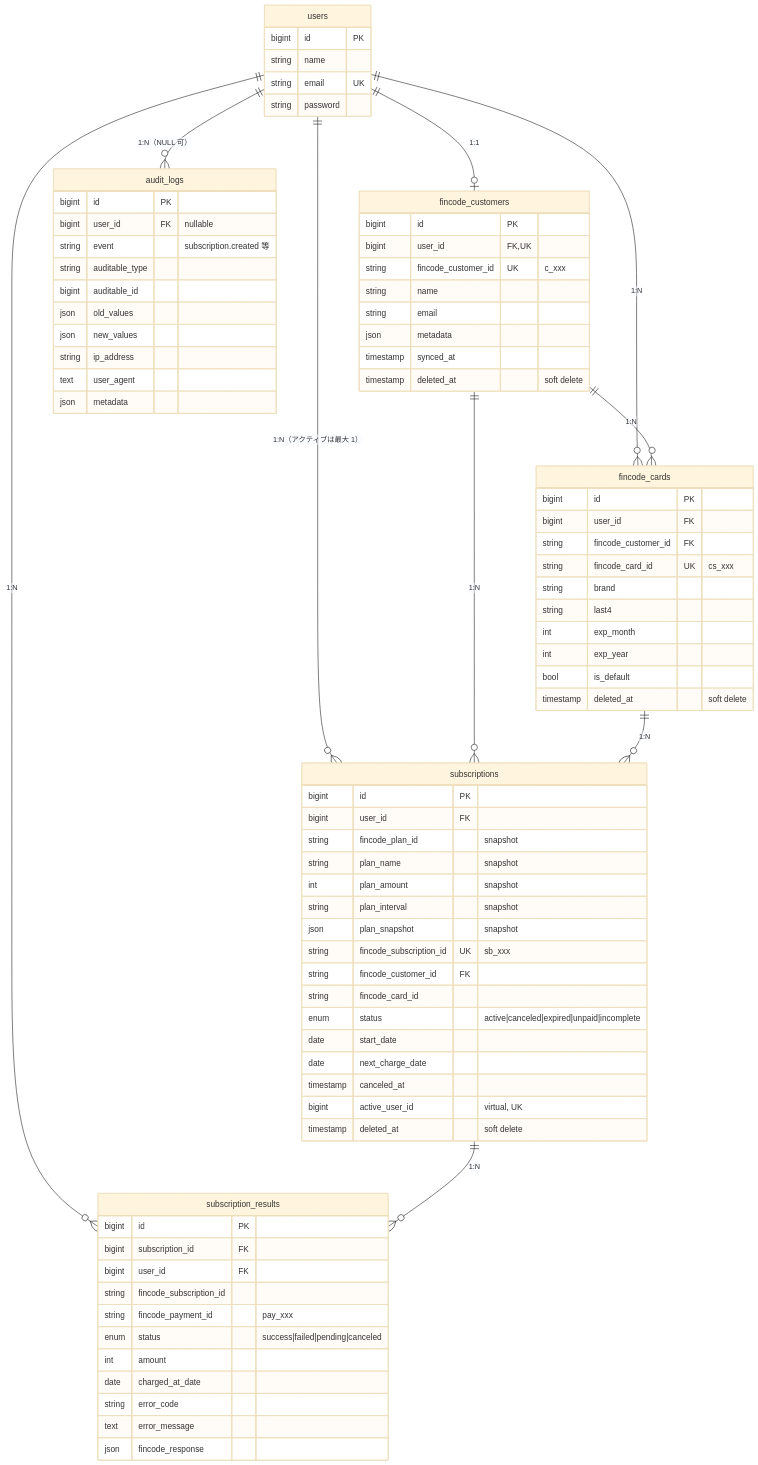
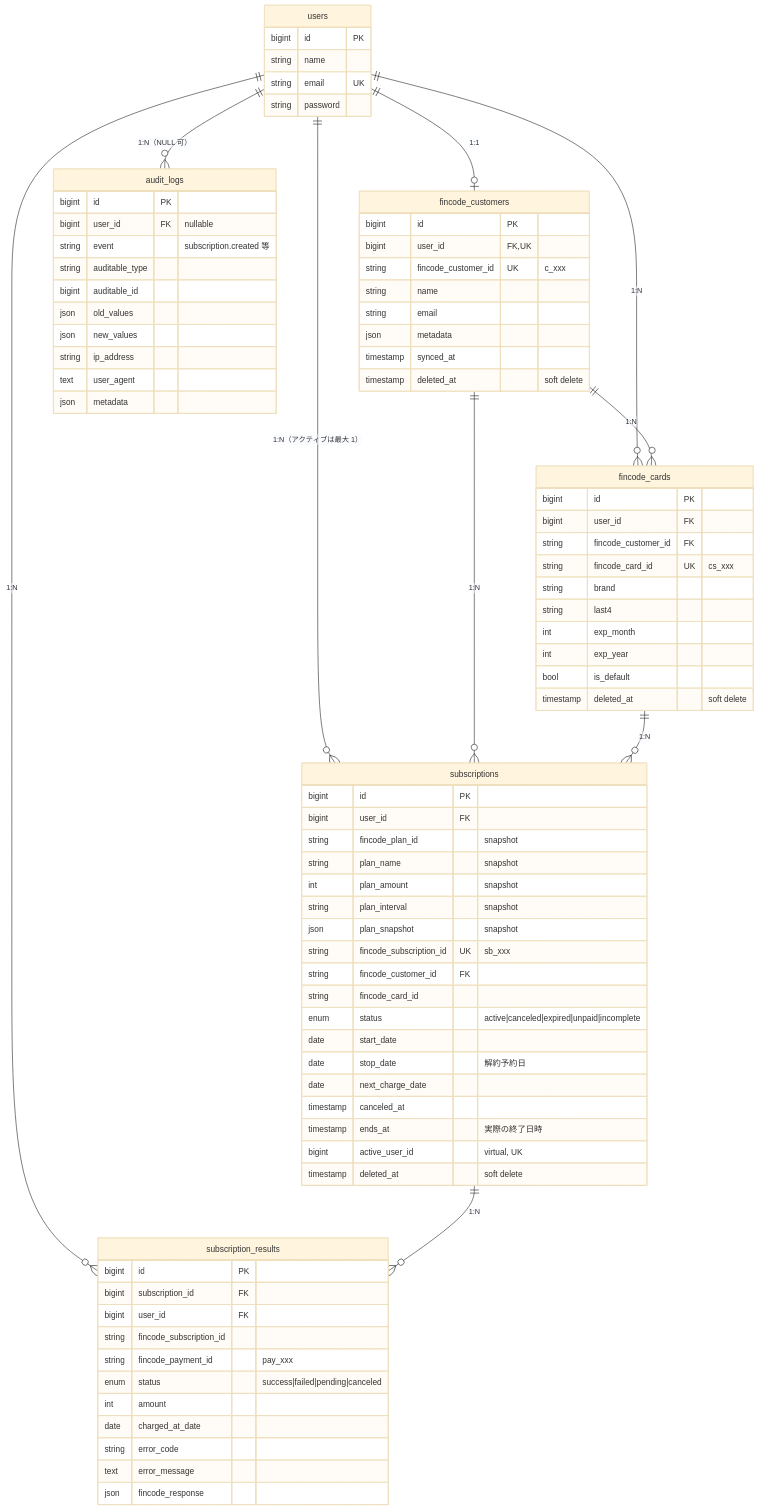
The diagram in docs/architecture/data-model.ja.md (ltac0203-pixel/hatanaka), drawn with Mermaid (base theme) before and after one commit. The commit also changed 45 other files, not shown here.

```diff
--- a/docs/architecture/data-model.ja.md
+++ b/docs/architecture/data-model.ja.md
@@ -62,8 +62,10 @@
         string fincode_card_id
         enum status "active|canceled|expired|unpaid|incomplete"
         date start_date
+        date stop_date "解約予約日"
         date next_charge_date
         timestamp canceled_at
+        timestamp ends_at "実際の終了日時"
         bigint active_user_id "virtual, UK"
         timestamp deleted_at "soft delete"
     }
```
